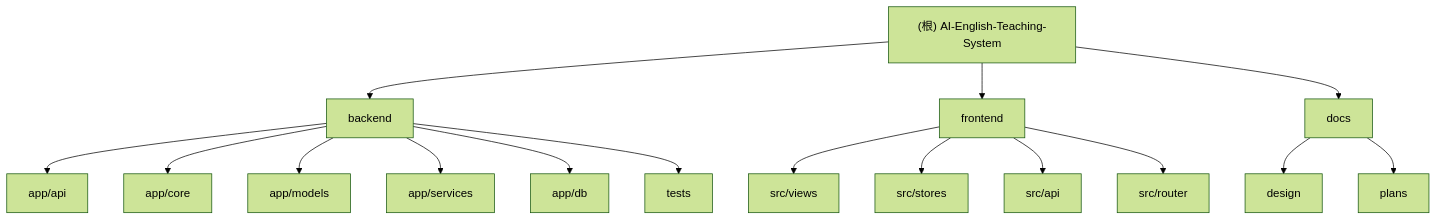
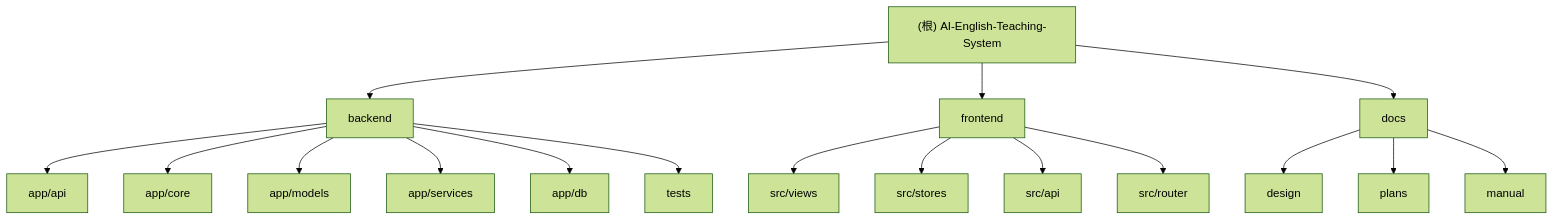
The diagram in CLAUDE.md (afanty2021/AI-English-Teaching), drawn with Mermaid (forest theme) before and after one commit. The commit also changed other lines of this file and 20 other files, not shown here.

````diff
--- a/CLAUDE.md
+++ b/CLAUDE.md
@@ -112,25 +118,27 @@
 ```mermaid
 graph TD
     A["(根) AI-English-Teaching-System"] --> B["backend"];
     A --> C["frontend"];
     A --> D["docs"];
 
     B --> B1["app/api"];
     B --> B2["app/core"];
     B --> B3["app/models"];
     B --> B4["app/services"];
     B --> B5["app/db"];
     B --> B6["tests"];
 
     C --> C1["src/views"];
     C --> C2["src/stores"];
     C --> C3["src/api"];
     C --> C4["src/router"];
 
     D --> D1["design"];
     D --> D2["plans"];
+    D --> D3["manual"];
 
     click B "./backend/CLAUDE.md" "查看后端模块文档"
     click C "./frontend/CLAUDE.md" "查看前端模块文档"
     click D "./docs/CLAUDE.md" "查看文档模块"
+    click D3 "./docs/manual/README.md" "查看用户手册索引"
 ```
````
